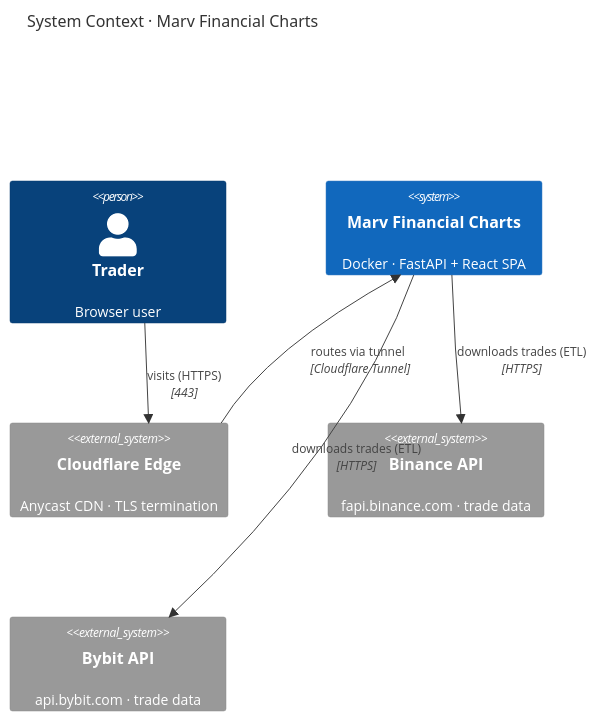
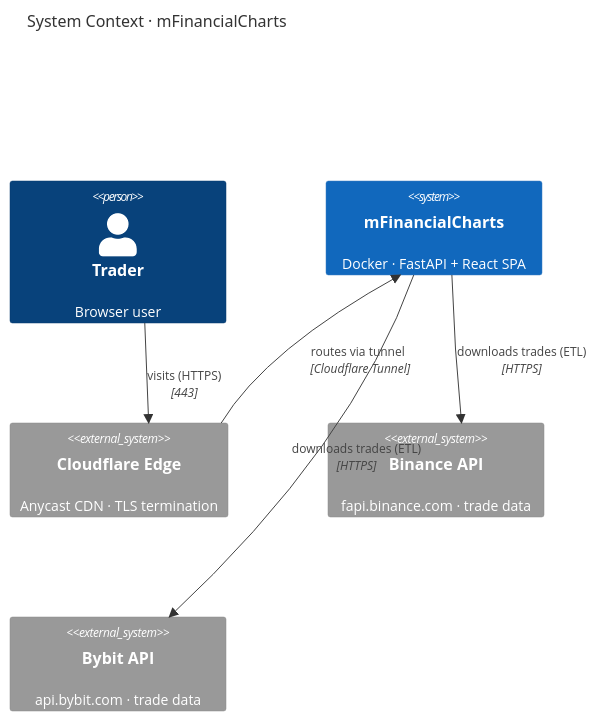
The diagram in diagrams/charts/charts-context.mmd (M4Marvin/main-site), drawn with Mermaid before and after one commit. The commit also changed 6 other files, not shown here.

First line of the commit message:
refactor(charts): drop 'marv' from the project slug and display name

```diff
--- a/diagrams/charts/charts-context.mmd
+++ b/diagrams/charts/charts-context.mmd
@@ -1,17 +1,17 @@
 C4Context
-    title System Context · Marv Financial Charts
+    title System Context · mFinancialCharts
 
     Person(trader, "Trader", "Browser user")
 
-    System(app, "Marv Financial Charts", "Docker · FastAPI + React SPA")
+    System(app, "mFinancialCharts", "Docker · FastAPI + React SPA")
 
     System_Ext(edge, "Cloudflare Edge", "Anycast CDN · TLS termination")
     System_Ext(binance, "Binance API", "fapi.binance.com · trade data")
     System_Ext(bybit, "Bybit API", "api.bybit.com · trade data")
 
     Rel(trader, edge, "visits (HTTPS)", "443")
     Rel(edge, app, "routes via tunnel", "Cloudflare Tunnel")
     Rel(app, binance, "downloads trades (ETL)", "HTTPS")
     Rel(app, bybit, "downloads trades (ETL)", "HTTPS")
 
     UpdateLayoutConfig($c4ShapeInRow="3", $c4BoundaryInRow="1")
```
